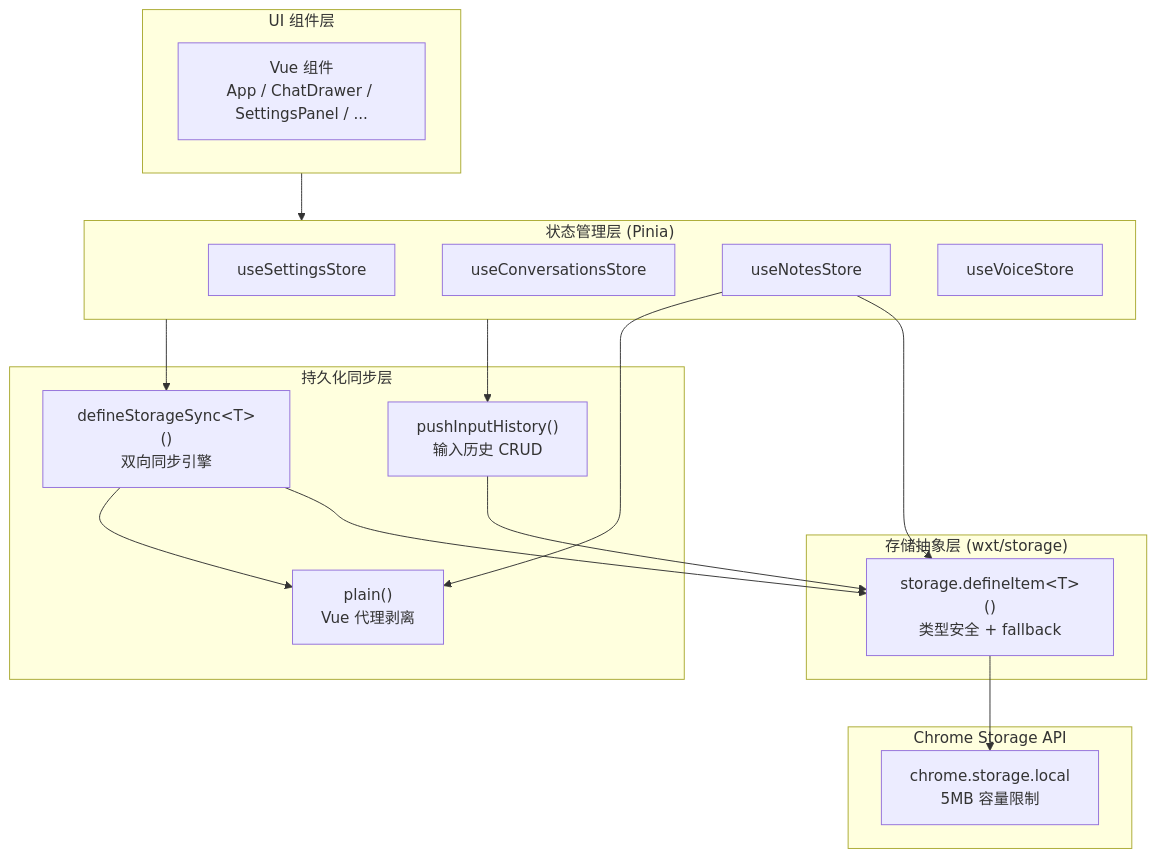
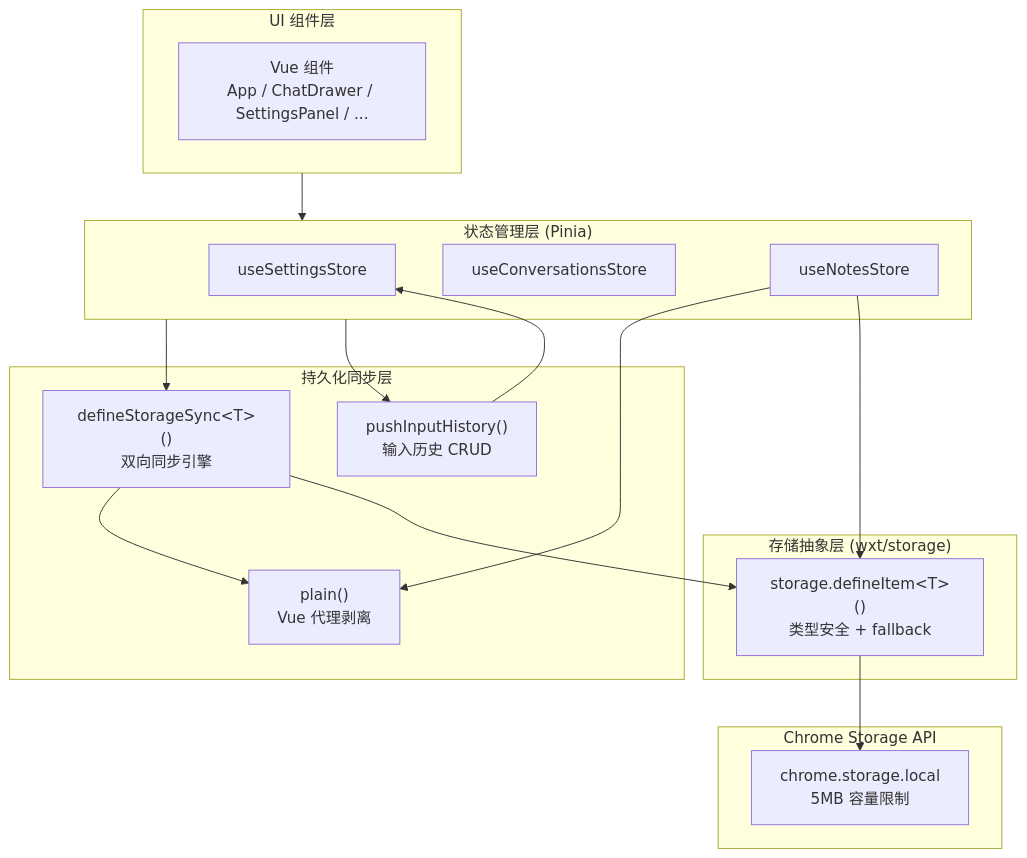
The first of 5 diagrams in docs/architecture/storage.md (zw123zw/ai-browser), drawn with Mermaid before and after one commit. The commit also changed other lines of this file and 13 other files, not shown here.

````diff
--- a/docs/architecture/storage.md
+++ b/docs/architecture/storage.md
@@ -27,37 +29,36 @@
 ```mermaid
 graph TB
     subgraph UI["UI 组件层"]
         Components["Vue 组件<br/>App / ChatDrawer / SettingsPanel / ..."]
     end
 
     subgraph Stores["状态管理层 (Pinia)"]
         SS["useSettingsStore"]
         CS["useConversationsStore"]
         NS["useNotesStore"]
-        VS["useVoiceStore"]
     end
 
     subgraph SyncLayer["持久化同步层"]
         DSS["defineStorageSync&lt;T&gt;()<br/>双向同步引擎"]
         PL["plain()<br/>Vue 代理剥离"]
         IH["pushInputHistory()<br/>输入历史 CRUD"]
     end
 
     subgraph StorageLayer["存储抽象层 (wxt/storage)"]
         SI["storage.defineItem&lt;T&gt;()<br/>类型安全 + fallback"]
     end
 
     subgraph ChromeAPI["Chrome Storage API"]
         CSL["chrome.storage.local<br/>5MB 容量限制"]
     end
 
     UI --> Stores
     Stores --> DSS
     Stores --> IH
     DSS --> PL
     DSS --> SI
-    IH --> SI
+    IH --> SS
     NS --> PL
     NS --> SI
     SI --> CSL
 ```
````
